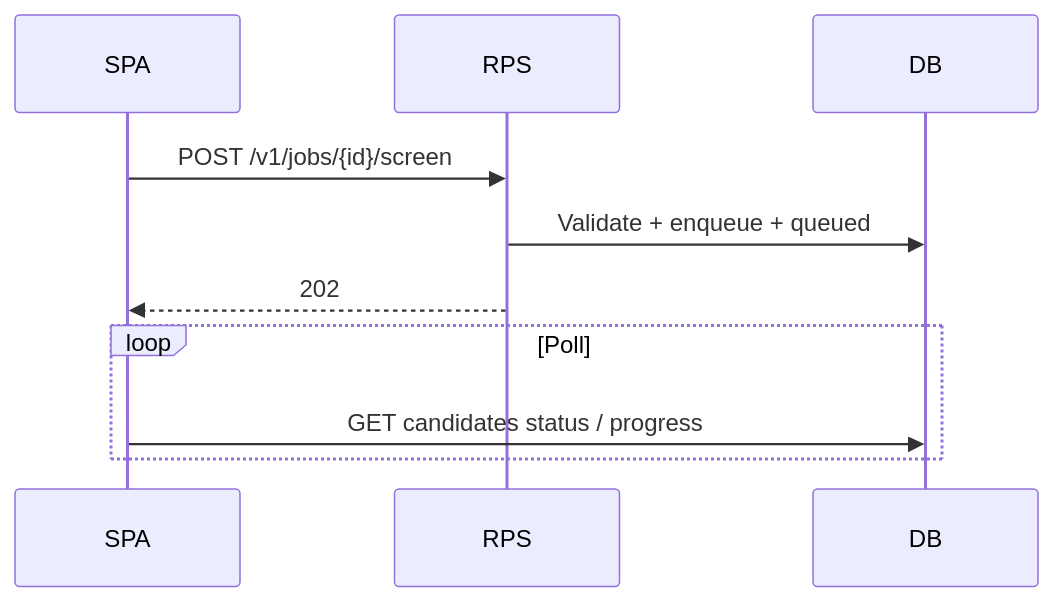
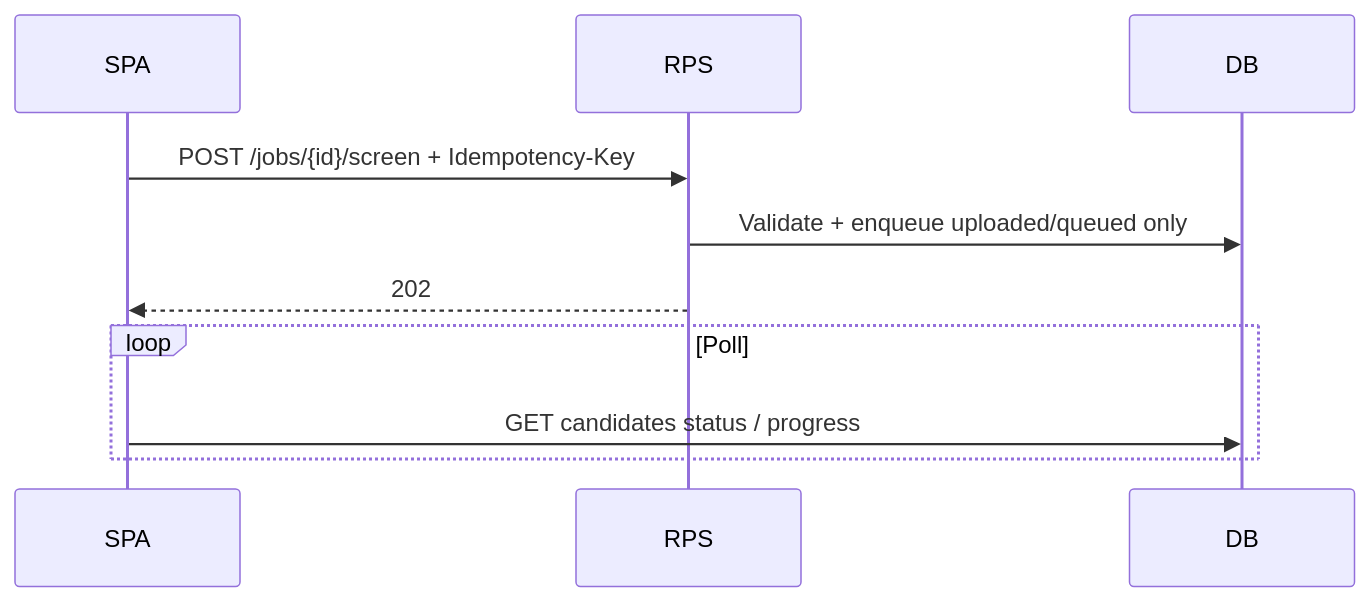
Before and after one commit to VishnuVardhan-CH-2022/resume-rank-ai-dev: the tenth of 12 diagrams in docs/02-design/06-API-Design-Specification.md, drawn with Mermaid. The commit also changed other lines of this file and 4 other files, not shown here.

````diff
--- a/docs/02-design/06-API-Design-Specification.md
+++ b/docs/02-design/06-API-Design-Specification.md
@@ -898,12 +1018,12 @@
 ```mermaid
 sequenceDiagram
   participant SPA
   participant RPS
   participant DB
-  SPA->>RPS: POST /v1/jobs/{id}/screen
-  RPS->>DB: Validate + enqueue + queued
+  SPA->>RPS: POST /jobs/{id}/screen + Idempotency-Key
+  RPS->>DB: Validate + enqueue uploaded/queued only
   RPS-->>SPA: 202
   loop Poll
     SPA->>DB: GET candidates status / progress
   end
 ```
````
